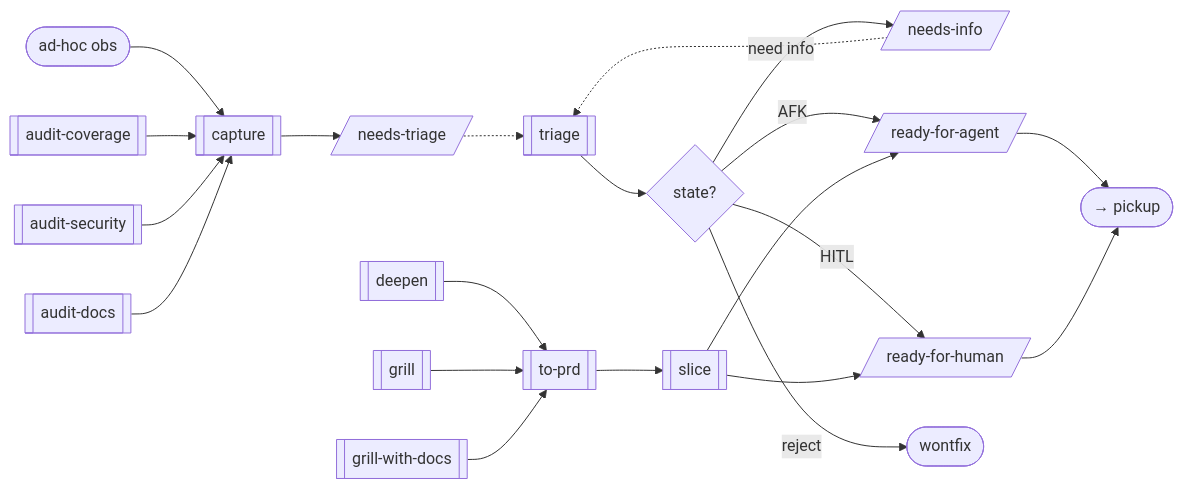
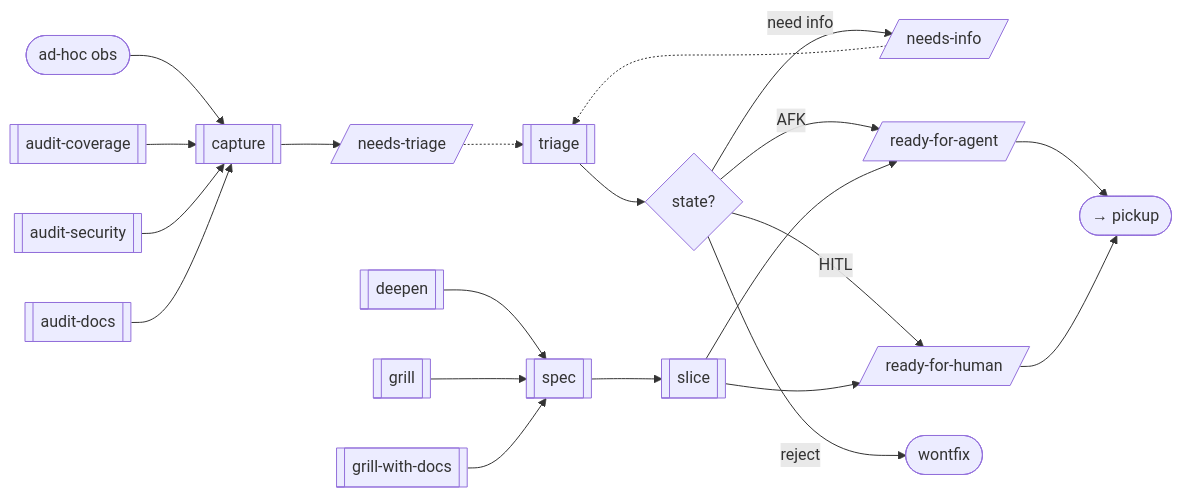
The first of 2 diagrams in skills/WORKFLOWS.md (krixon/skills), drawn with Mermaid before and after one commit. The commit also changed other lines of this file and 5 other files, not shown here.

First line of the commit message:
refactor: rename to-prd skill to spec

````diff
--- a/skills/WORKFLOWS.md
+++ b/skills/WORKFLOWS.md
@@ -11,25 +11,25 @@
 ```mermaid
 flowchart LR
     obs([ad-hoc obs]) --> capture[[capture]]
     auditcoverage[[audit-coverage]] --> capture
     auditsecurity[[audit-security]] --> capture
     auditdocs[[audit-docs]] --> capture
     capture --> nt[/needs-triage/]
     nt -.-> triage[[triage]]
     triage --> d{state?}
     d -->|need info| ni[/needs-info/]
     ni -.-> triage
     d -->|AFK| rfa[/ready-for-agent/]
     d -->|HITL| rfh[/ready-for-human/]
     d -->|reject| wf([wontfix])
 
-    deepen[[deepen]] --> toprd[[to-prd]]
-    grill[[grill]] --> toprd
-    gwd[[grill-with-docs]] --> toprd
-    toprd --> slice[[slice]]
+    deepen[[deepen]] --> spec[[spec]]
+    grill[[grill]] --> spec
+    gwd[[grill-with-docs]] --> spec
+    spec --> slice[[slice]]
     slice --> rfa
     slice --> rfh
 
     rfa --> pu([→ pickup])
     rfh --> pu
 ```
````
